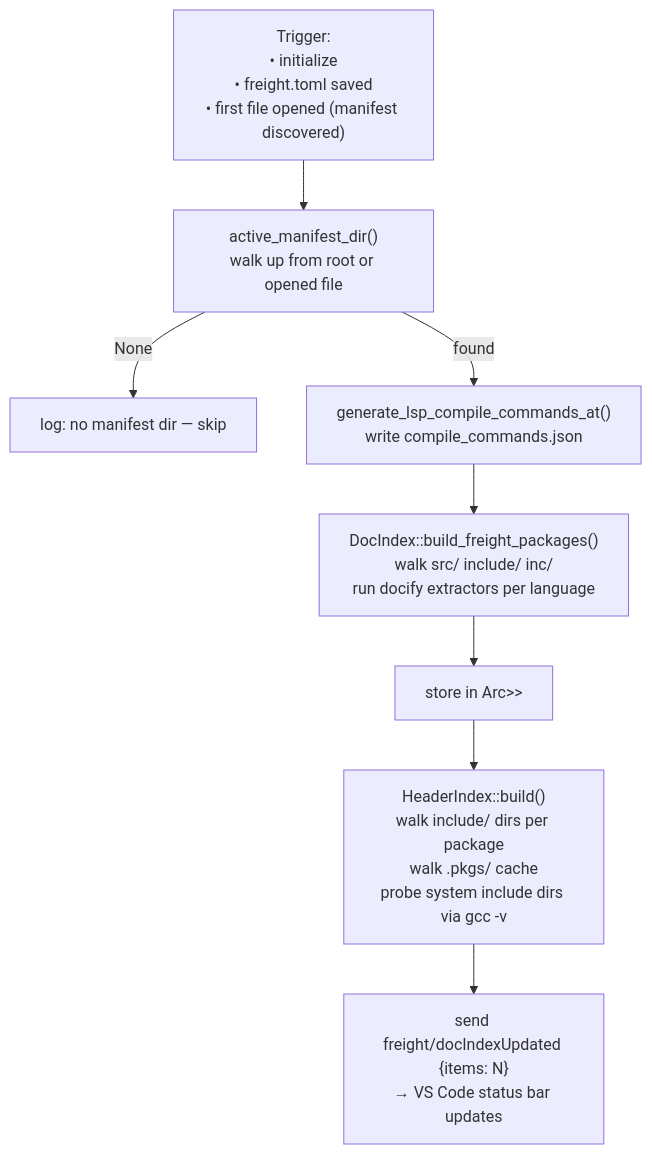
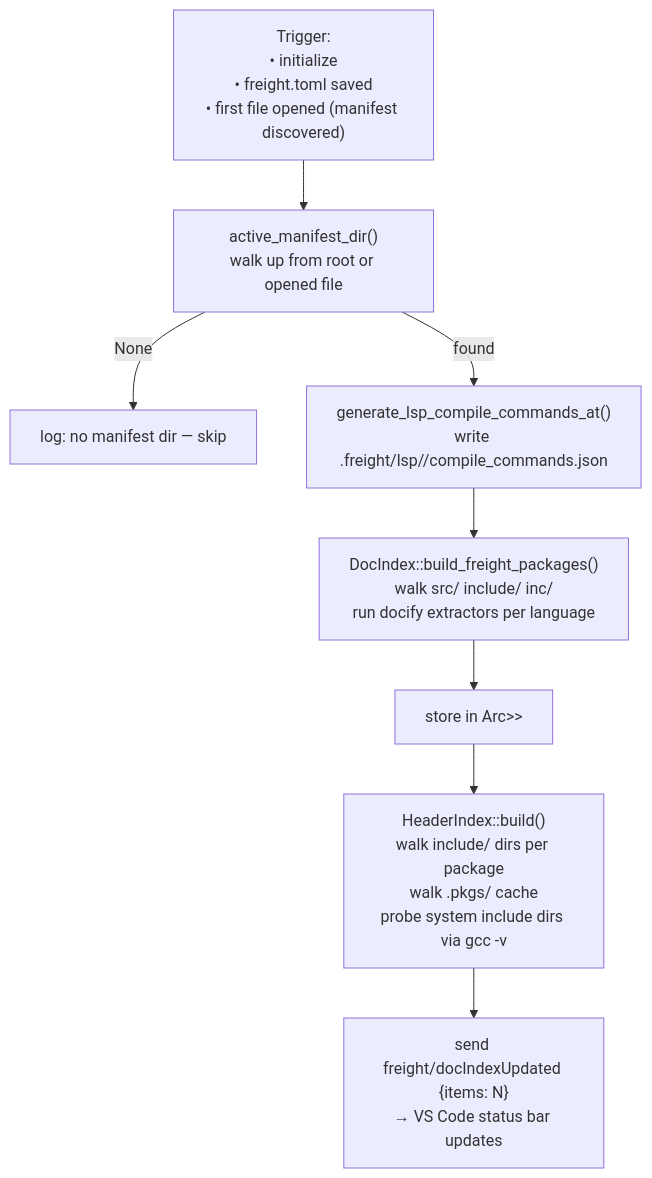
The sixth of 7 diagrams in docs/lsp-architecture.md (freight-app/Freight), drawn with Mermaid before and after one commit. The commit also changed 41 other files, not shown here.

````diff
--- a/docs/lsp-architecture.md
+++ b/docs/lsp-architecture.md
@@ -136,12 +136,12 @@
 ```mermaid
 flowchart TD
     Trigger["Trigger:\n• initialize\n• freight.toml saved\n• first file opened (manifest discovered)"]
 
     Trigger --> FindManifest["active_manifest_dir()\nwalk up from root or opened file"]
     FindManifest -->|None| LogSkip["log: no manifest dir — skip"]
-    FindManifest -->|found| GenCC["generate_lsp_compile_commands_at()\nwrite compile_commands.json"]
+    FindManifest -->|found| GenCC["generate_lsp_compile_commands_at()\nwrite .freight/lsp/<profile>/compile_commands.json"]
     GenCC --> BuildIndex["DocIndex::build_freight_packages()\nwalk src/ include/ inc/\nrun docify extractors per language"]
     BuildIndex --> StoreIndex["store in Arc<Mutex<Option<DocIndex>>>"]
     StoreIndex --> BuildHeader["HeaderIndex::build()\nwalk include/ dirs per package\nwalk .pkgs/ cache\nprobe system include dirs via gcc -v"]
     BuildHeader --> Notify["send freight/docIndexUpdated {items: N}\n→ VS Code status bar updates"]
 ```
````
